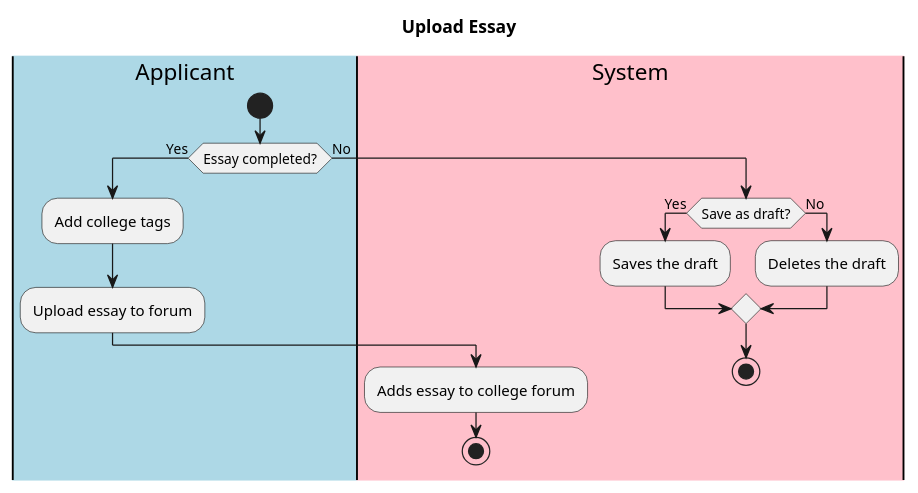
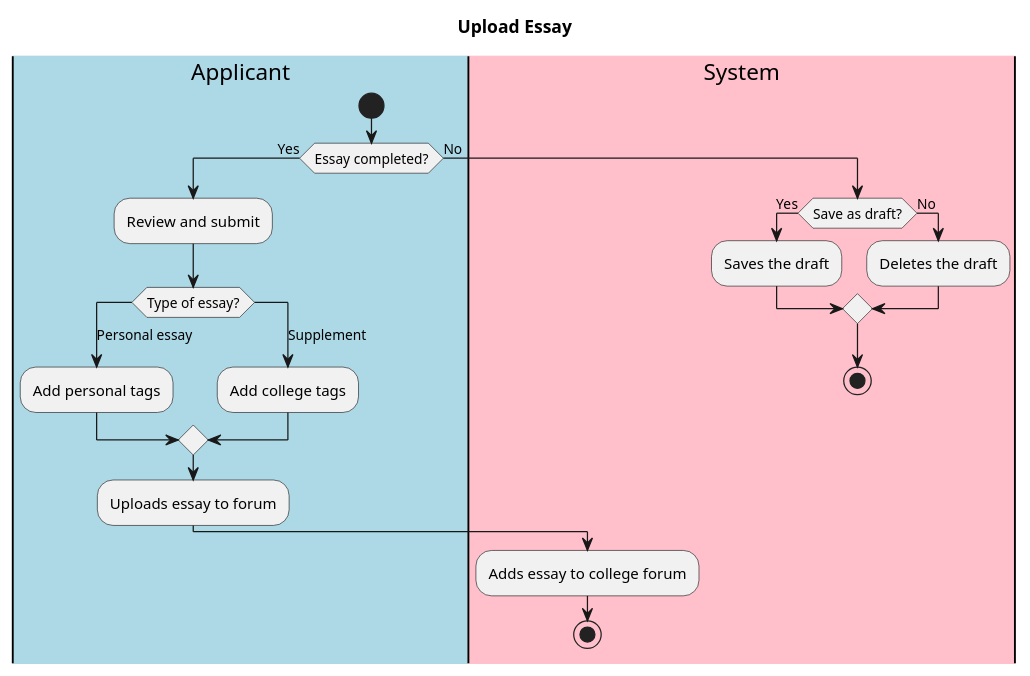
Before and after one commit to jlederer33/Essay-Review-App: the diagram in intellij/use-cases/uploadessays.md, drawn with PlantUML.

Commit message:
Modified upload essay

`````diff
--- a/intellij/use-cases/uploadessays.md
+++ b/intellij/use-cases/uploadessays.md
@@ -1,22 +1,28 @@
 ````plantuml
 
 title Upload Essay
 |#lightblue|Applicant| 
 |#pink|System|
 
 |Applicant|
 start
 if (Essay completed?) then (Yes)
+:Review and submit;
+switch (Type of essay?)
+case (Personal essay)
+:Add personal tags;
+case (Supplement)
 :Add college tags;
-:Upload essay to forum;
+endswitch
+:Uploads essay to forum;
 |System|
 :Adds essay to college forum;
 stop
 else (No)
 if (Save as draft?) then (Yes)
 :Saves the draft;
 else (No) 
 :Deletes the draft;
 endif
 stop
 ````
`````
